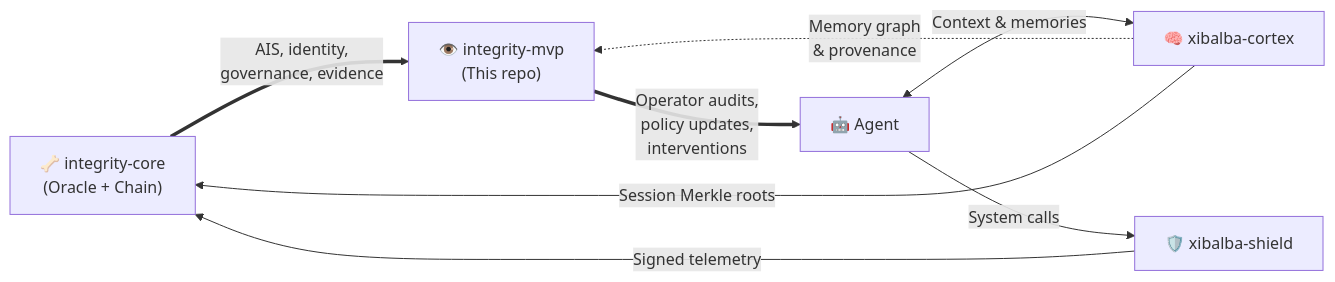
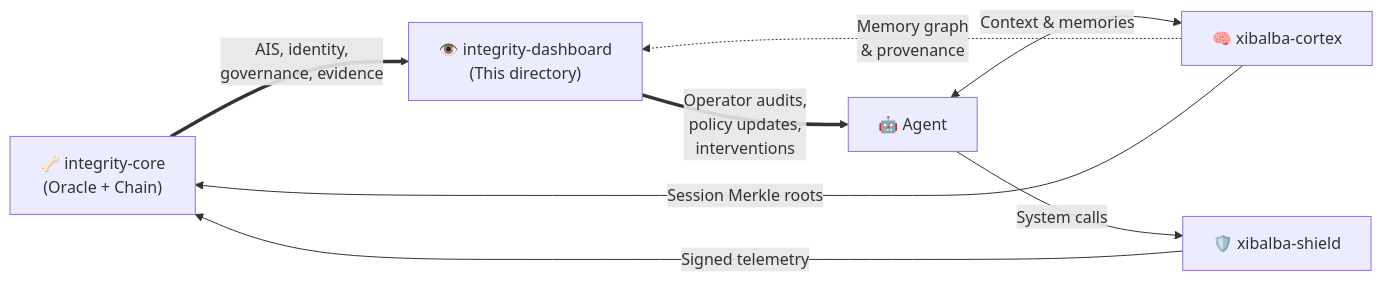
One commit to XibalbaTechSol/integrity-console changed the diagram in integrity-dashboard/README.md. Above: the diagram before and after it, drawn with Mermaid. The commit also changed other lines of this file and 3 other files, not shown here.

First line of the commit message:
Correct ecosystem docs: 3 repos, not 4 (integrity-mvp superseded by integrity-dashboard/)

````diff
--- a/integrity-dashboard/README.md
+++ b/integrity-dashboard/README.md
@@ -34,10 +41,10 @@
 ```mermaid
 flowchart LR
-    Backbone["🦴 integrity-core<br/>(Oracle + Chain)"] ==>|"AIS, identity,<br/>governance, evidence"| Eyes["👁️ integrity-mvp<br/>(This repo)"]
+    Backbone["🦴 integrity-core<br/>(Oracle + Chain)"] ==>|"AIS, identity,<br/>governance, evidence"| Eyes["👁️ integrity-dashboard<br/>(This directory)"]
     Brain["🧠 xibalba-cortex"] -.->|"Memory graph<br/>& provenance"| Eyes
     Immune["🛡️ xibalba-shield"] -->|"Signed telemetry"| Backbone
     Brain -->|"Session Merkle roots"| Backbone
     Eyes ==>|"Operator audits,<br/>policy updates,<br/>interventions"| Agent["🤖 Agent"]
     Agent <-->|"Context & memories"| Brain
     Agent -->|"System calls"| Immune
 ```
````
